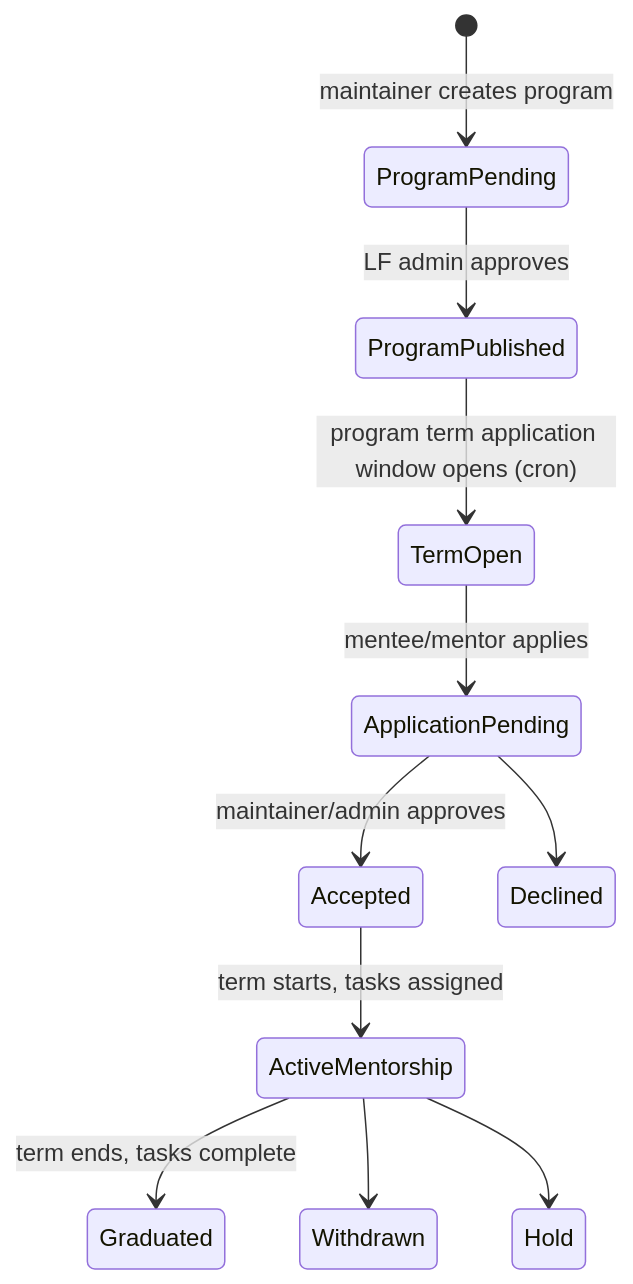
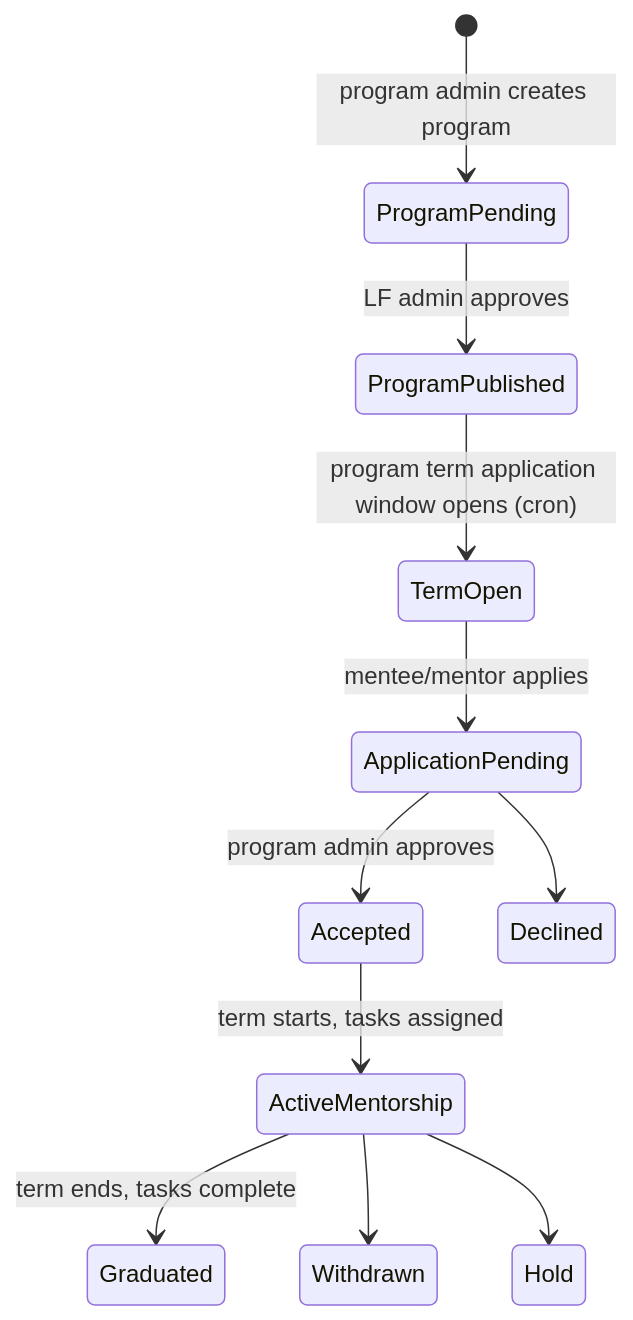
One commit to linuxfoundation/lfx-mentorship changed the second of 2 diagrams in docs/rewrite/01-current-system.md. Above: the diagram before and after it, drawn with Mermaid. The commit also changed other lines of this file and 2 other files, not shown here.

````diff
--- a/docs/rewrite/01-current-system.md
+++ b/docs/rewrite/01-current-system.md
@@ -68,13 +68,13 @@
 ```mermaid
 stateDiagram-v2
-    [*] --> ProgramPending: maintainer creates program
+    [*] --> ProgramPending: program admin creates program
     ProgramPending --> ProgramPublished: LF admin approves
     ProgramPublished --> TermOpen: program term application window opens (cron)
     TermOpen --> ApplicationPending: mentee/mentor applies
-    ApplicationPending --> Accepted: maintainer/admin approves
+    ApplicationPending --> Accepted: program admin approves
     ApplicationPending --> Declined
     Accepted --> ActiveMentorship: term starts, tasks assigned
     ActiveMentorship --> Graduated: term ends, tasks complete
     ActiveMentorship --> Withdrawn
     ActiveMentorship --> Hold
 ```
````
